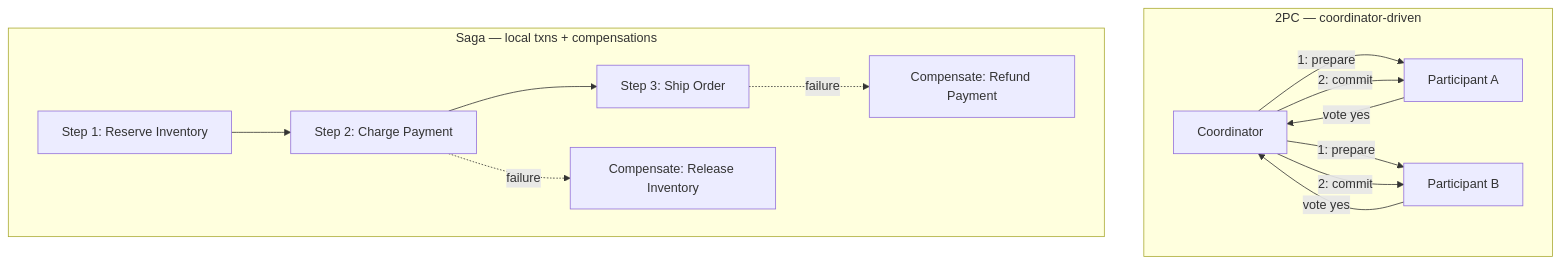
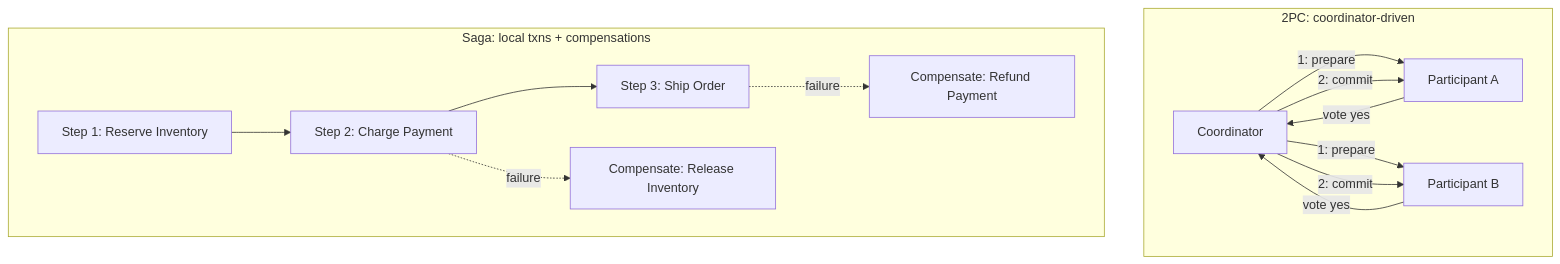
One commit to josuebrunel/josuebrunel.github.io changed the eighth of 22 diagrams in content/interview/interview-prep-databases-systems.md. Above: the diagram before and after it, drawn with Mermaid. The commit also changed other lines of this file and 6 other files, not shown here.

````diff
--- a/content/interview/interview-prep-databases-systems.md
+++ b/content/interview/interview-prep-databases-systems.md
@@ -296,17 +575,17 @@
 ```mermaid
 graph TD
-    subgraph "2PC — coordinator-driven"
+    subgraph "2PC: coordinator-driven"
     Coord[Coordinator] -->|"1: prepare"| PA[Participant A]
     Coord -->|"1: prepare"| PB[Participant B]
     PA -->|vote yes| Coord
     PB -->|vote yes| Coord
     Coord -->|"2: commit"| PA
     Coord -->|"2: commit"| PB
     end
-    subgraph "Saga — local txns + compensations"
+    subgraph "Saga: local txns + compensations"
     S1["Step 1: Reserve Inventory"] --> S2["Step 2: Charge Payment"]
     S2 --> S3["Step 3: Ship Order"]
     S2 -. failure .-> C1["Compensate: Release Inventory"]
     S3 -. failure .-> C2["Compensate: Refund Payment"]
     end
 ```
````
